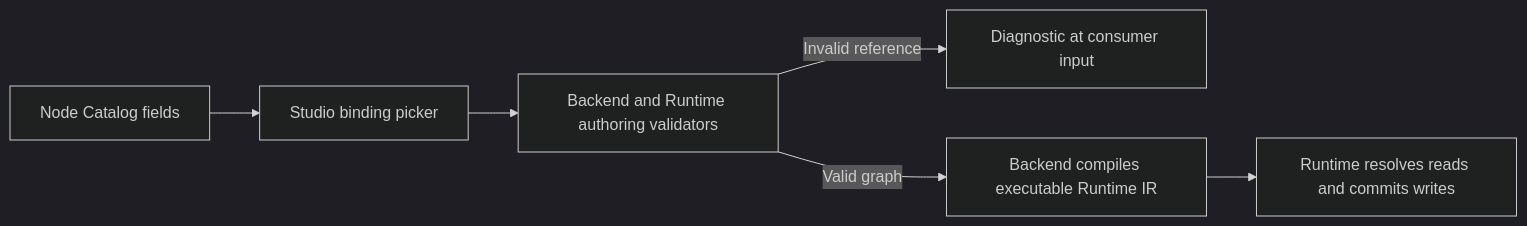
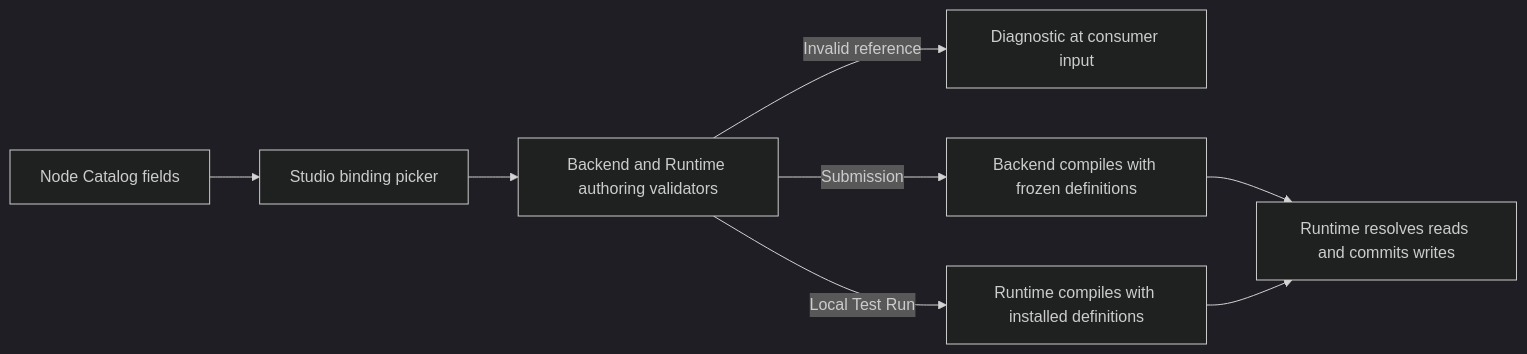
The diagram in components/a2matex-runtime/contracts/workflow_bindings.md (A2MaTex/a2matex-docs), drawn with Mermaid (dark theme) before and after one commit. The commit also changed other lines of this file and 31 other files, not shown here.

````diff
--- a/components/a2matex-runtime/contracts/workflow_bindings.md
+++ b/components/a2matex-runtime/contracts/workflow_bindings.md
@@ -9,8 +11,10 @@
 ```mermaid
 flowchart LR
   C[Node Catalog fields] --> S[Studio binding picker]
   S --> V[Backend and Runtime authoring validators]
   V -->|Invalid reference| X[Diagnostic at consumer input]
-  V -->|Valid graph| G[Backend compiles executable Runtime IR]
-  G --> D[Runtime resolves reads and commits writes]
+  V -->|Submission| B[Backend compiles with frozen definitions]
+  V -->|Local Test Run| R[Runtime compiles with installed definitions]
+  B --> D[Runtime resolves reads and commits writes]
+  R --> D
 ```
````
